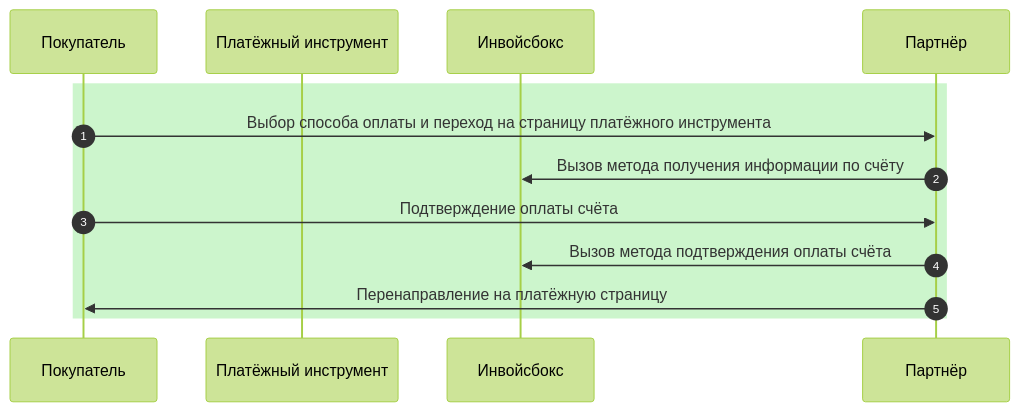
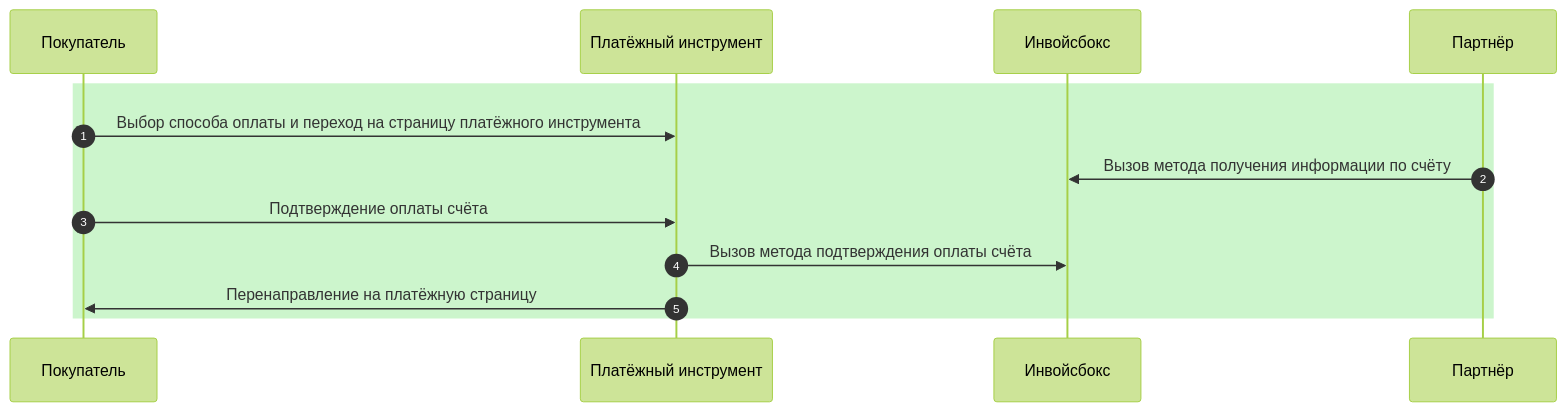
The diagram in docs/payment/schema.md (YIGRIKY/invoicebox-docs), drawn with Mermaid (forest theme) before and after one commit. The commit also changed 3 other files, not shown here.

```diff
--- a/docs/payment/schema.md
+++ b/docs/payment/schema.md
@@ -10,14 +10,14 @@
 <div class="mermaid">
 sequenceDiagram
     autonumber
     participant Покупатель
     participant Платёжный инструмент
     participant Инвойсбокс
     rect rgb(204, 245, 204)
-      Покупатель->>Партнёр: Выбор способа оплаты и переход на страницу платёжного инструмента
+      Покупатель->>Платёжный инструмент: Выбор способа оплаты и переход на страницу платёжного инструмента
       Партнёр->>Инвойсбокс: Вызов метода получения информации по счёту
-      Покупатель->>Партнёр: Подтверждение оплаты счёта
-      Партнёр->>Инвойсбокс: Вызов метода подтверждения оплаты счёта
-      Партнёр->>Покупатель: Перенаправление на платёжную страницу
+      Покупатель->>Платёжный инструмент: Подтверждение оплаты счёта
+      Платёжный инструмент->>Инвойсбокс: Вызов метода подтверждения оплаты счёта
+      Платёжный инструмент->>Покупатель: Перенаправление на платёжную страницу
     end
 </div>
```
